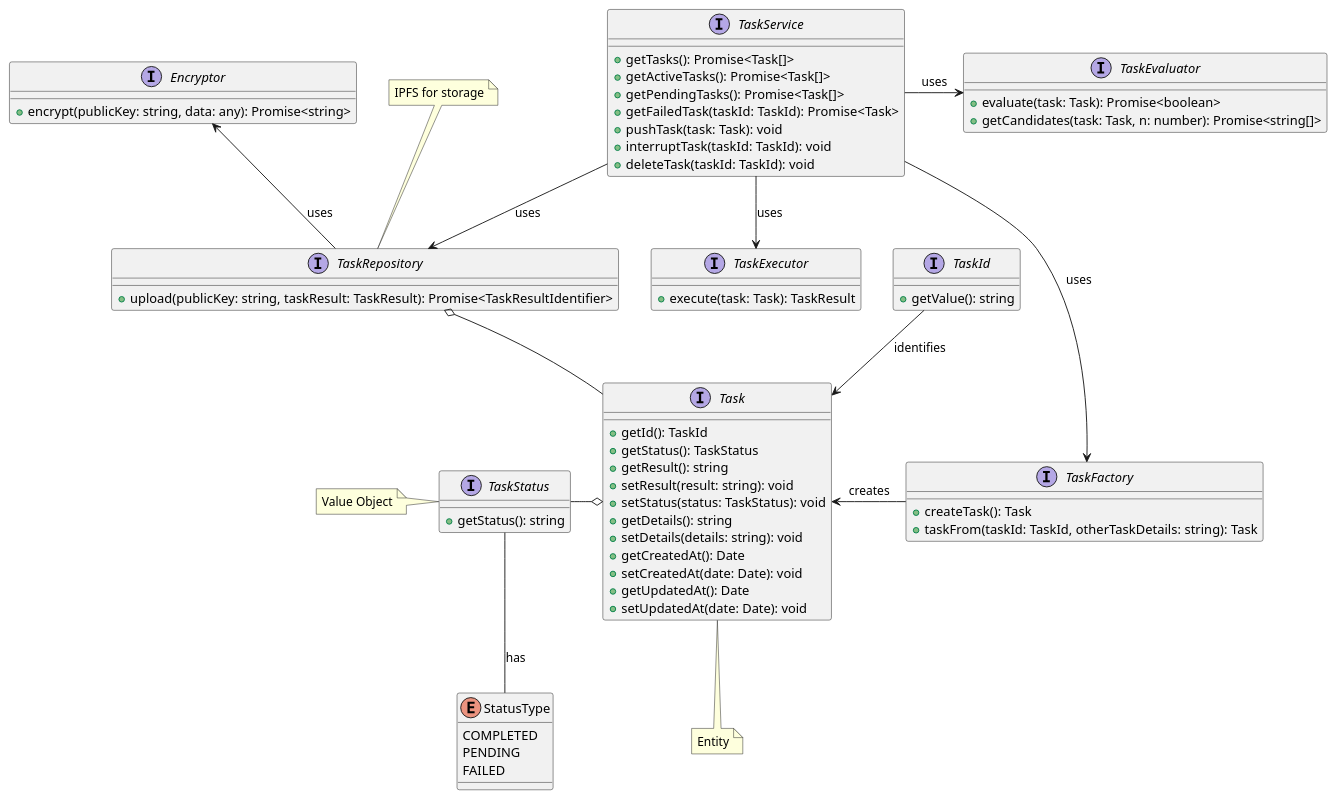
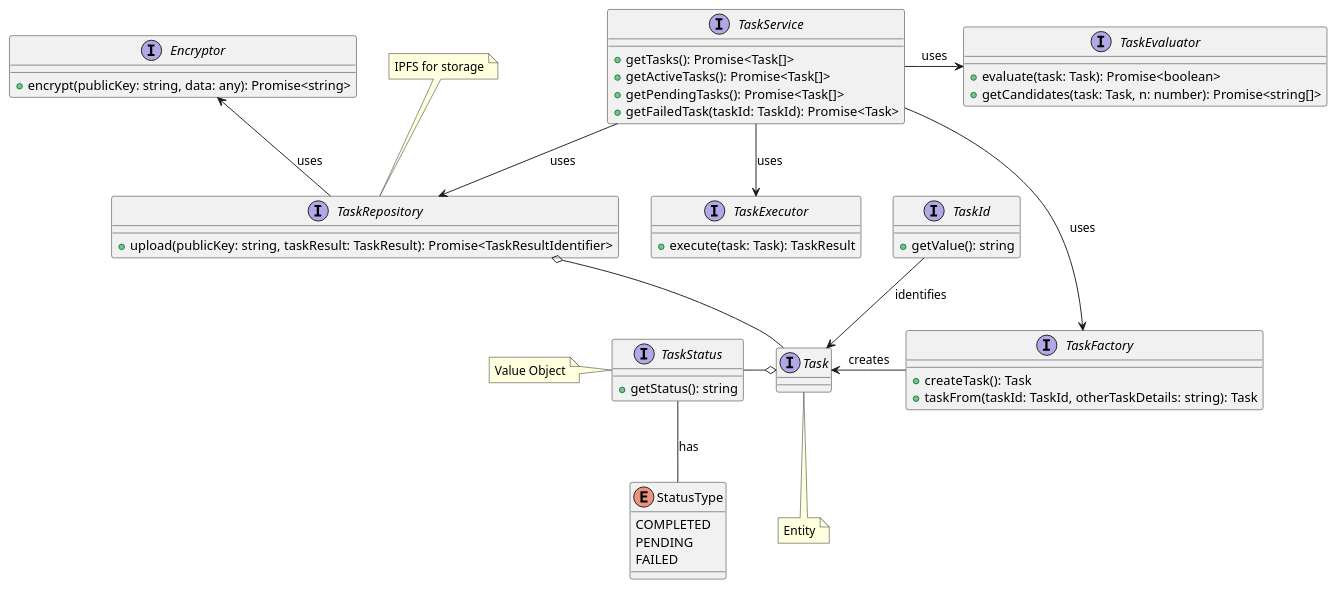
Before and after one commit to paga16-hash/anonymous-shard: the diagram in doc/domain/task/provider/task.puml, drawn with PlantUML. The commit also changed 12 other files, not shown here.

```diff
--- a/doc/domain/task/provider/task.puml
+++ b/doc/domain/task/provider/task.puml
@@ -2,80 +2,67 @@
 @startuml
 
 interface TaskService {
   + getTasks(): Promise<Task[]>
   + getActiveTasks(): Promise<Task[]>
   + getPendingTasks(): Promise<Task[]>
   + getFailedTask(taskId: TaskId): Promise<Task>
-  + pushTask(task: Task): void
-  + interruptTask(taskId: TaskId): void
-  + deleteTask(taskId: TaskId): void
 }
 
 interface TaskExecutor {
   + execute(task: Task): TaskResult
 }
 
 interface TaskEvaluator {
   + evaluate(task: Task): Promise<boolean>
   + getCandidates(task: Task, n: number): Promise<string[]>
 }
 
 TaskService --> TaskRepository : uses
 TaskService --> TaskFactory : uses
 TaskService -right-> TaskEvaluator : uses
 TaskService --> TaskExecutor : uses
 TaskRepository -up-> Encryptor : uses
 
 interface Encryptor {
   + encrypt(publicKey: string, data: any): Promise<string>
 }
 
 interface TaskRepository {
   + upload(publicKey: string, taskResult: TaskResult): Promise<TaskResultIdentifier>
 }
 note top of TaskRepository : IPFS for storage
 
 TaskRepository o-- Task
 
 interface TaskFactory {
       + createTask(): Task
       + taskFrom(taskId: TaskId, otherTaskDetails: string): Task
 }
 TaskFactory -left-> Task : creates
 
 interface Task {
-    + getId(): TaskId
-    + getStatus(): TaskStatus
-    + getResult(): string
-    + setResult(result: string): void
-    + setStatus(status: TaskStatus): void
-    + getDetails(): string
-    + setDetails(details: string): void
-    + getCreatedAt(): Date
-    + setCreatedAt(date: Date): void
-    + getUpdatedAt(): Date
-    + setUpdatedAt(date: Date): void
+
 }
 note bottom of Task : Entity
 Task o-left- TaskStatus
 
 interface TaskStatus {
     + getStatus(): string
 }
 note left of TaskStatus : Value Object
 
 enum StatusType {
   COMPLETED
   PENDING
   FAILED
 }
 
 StatusType -up- TaskStatus : has
 
 interface TaskId {
     + getValue(): string
 }
 
 TaskId -down-> Task : identifies
 
 @enduml
```
